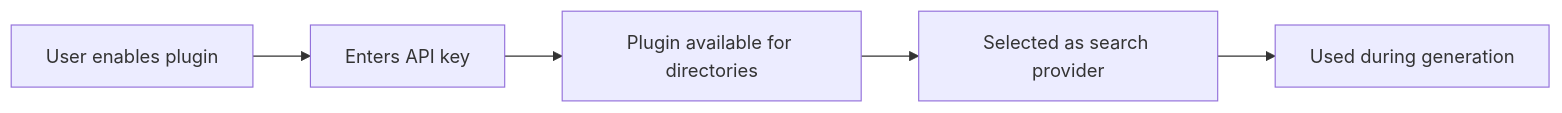
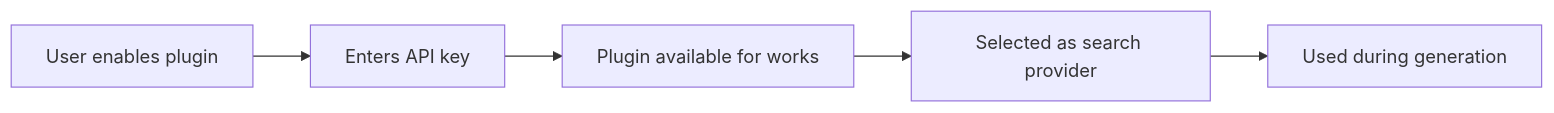
Before and after one commit to ever-works/ever-works: the second of 2 diagrams in docs/plugin-system/brave-search-plugin.md, drawn with Mermaid. The commit also changed other lines of this file and 395 other files, not shown here.

````diff
--- a/docs/plugin-system/brave-search-plugin.md
+++ b/docs/plugin-system/brave-search-plugin.md
@@ -173,7 +173,7 @@
 ```mermaid
 graph LR
     A[User enables plugin] --> B[Enters API key]
-    B --> C[Plugin available for directories]
+    B --> C[Plugin available for works]
     C --> D[Selected as search provider]
     D --> E[Used during generation]
 ```
````
